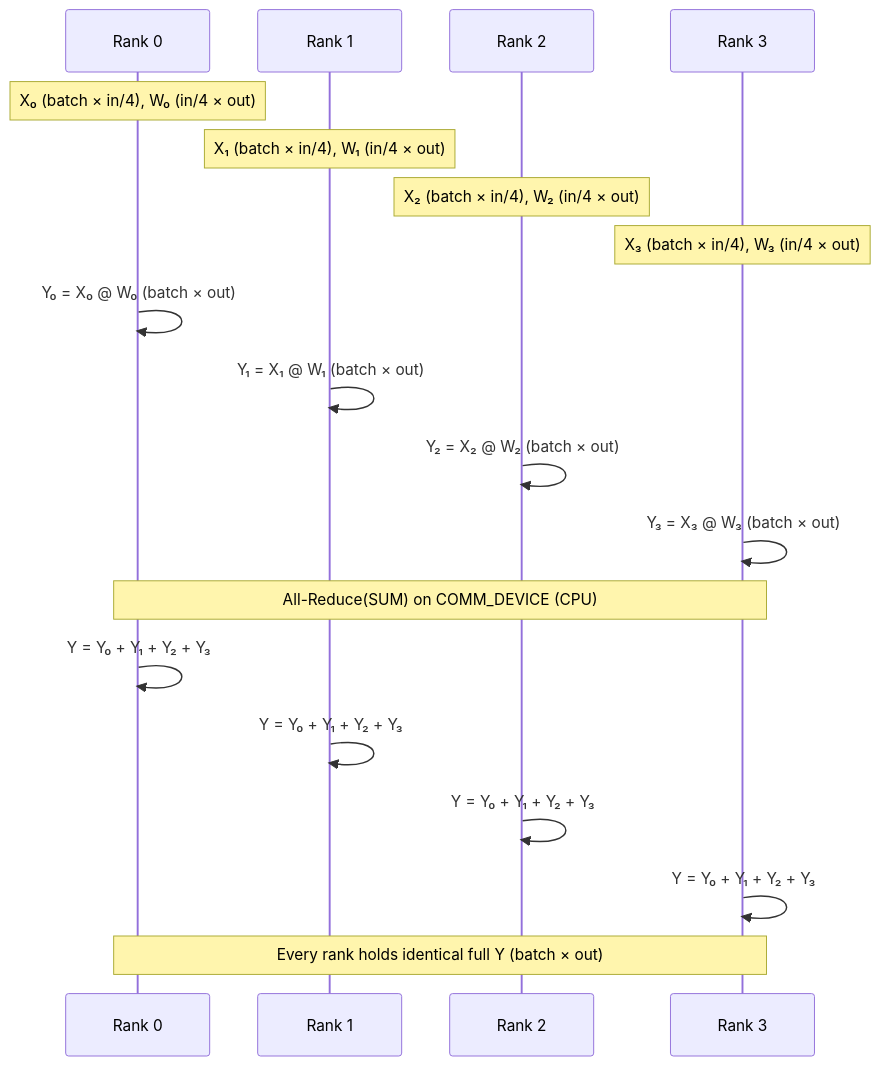
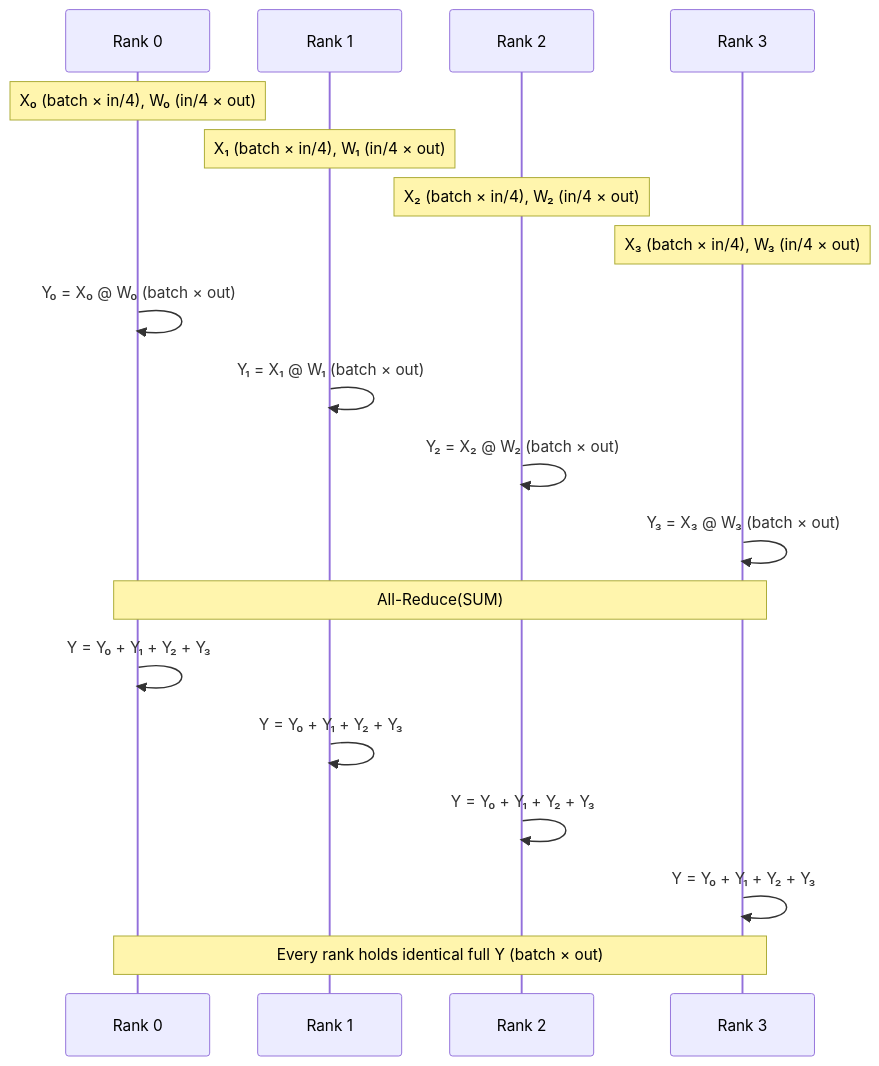
One commit to duoan/micro-trainer changed the diagram in 2_tensor_parallel/2_row_parallel.md. Above: the diagram before and after it, drawn with Mermaid. The commit also changed other lines of this file and 43 other files, not shown here.

````diff
--- a/2_tensor_parallel/2_row_parallel.md
+++ b/2_tensor_parallel/2_row_parallel.md
@@ -35,25 +35,25 @@
 ```mermaid
 sequenceDiagram
     participant R0 as Rank 0
     participant R1 as Rank 1
     participant R2 as Rank 2
     participant R3 as Rank 3
 
     Note over R0: X₀ (batch × in/4), W₀ (in/4 × out)
     Note over R1: X₁ (batch × in/4), W₁ (in/4 × out)
     Note over R2: X₂ (batch × in/4), W₂ (in/4 × out)
     Note over R3: X₃ (batch × in/4), W₃ (in/4 × out)
 
     R0->>R0: Y₀ = X₀ @ W₀  (batch × out)
     R1->>R1: Y₁ = X₁ @ W₁  (batch × out)
     R2->>R2: Y₂ = X₂ @ W₂  (batch × out)
     R3->>R3: Y₃ = X₃ @ W₃  (batch × out)
 
-    Note over R0,R3: All-Reduce(SUM) on COMM_DEVICE (CPU)
+    Note over R0,R3: All-Reduce(SUM)
     R0->>R0: Y = Y₀ + Y₁ + Y₂ + Y₃
     R1->>R1: Y = Y₀ + Y₁ + Y₂ + Y₃
     R2->>R2: Y = Y₀ + Y₁ + Y₂ + Y₃
     R3->>R3: Y = Y₀ + Y₁ + Y₂ + Y₃
 
     Note over R0,R3: Every rank holds identical full Y (batch × out)
 ```
````
